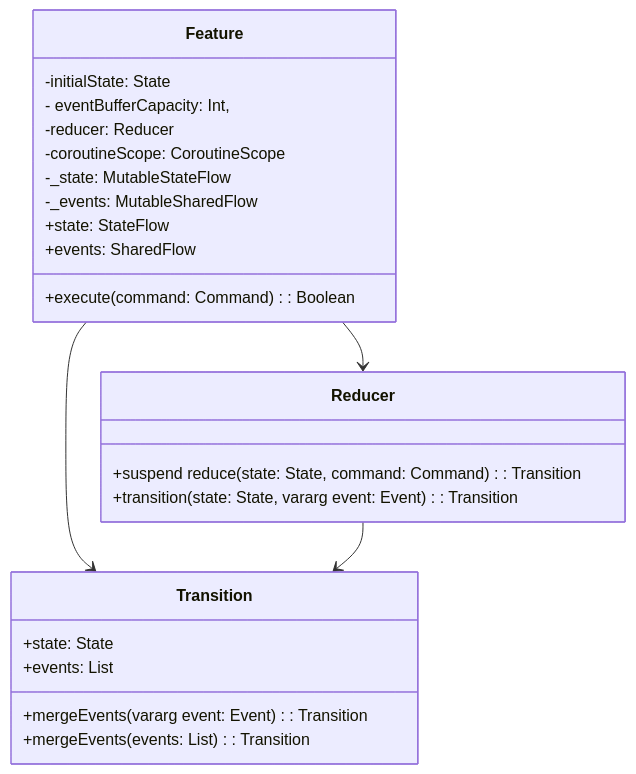
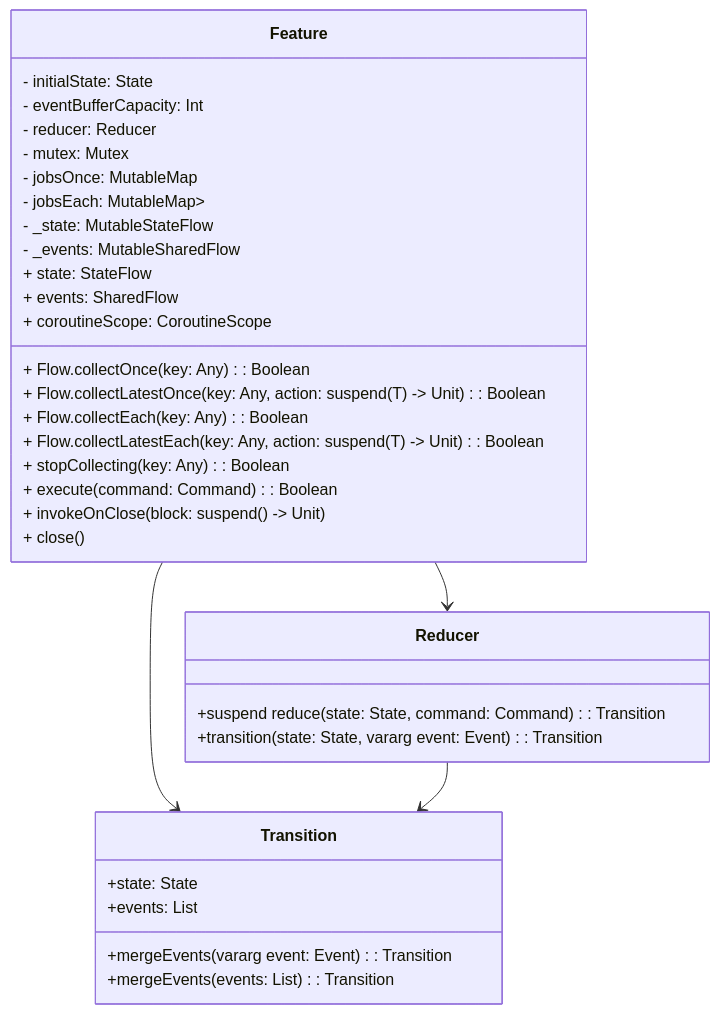
Before and after one commit to numq/reduce-and-conquer: the first of 3 diagrams in README.md, drawn with Mermaid. The commit also changed other lines of this file, not shown here.

Commit message:
Provide README.md changes

````diff
--- a/README.md
+++ b/README.md
@@ -54,28 +54,38 @@
 ```mermaid
 classDiagram
     class Feature {
-        -initialState: State
-        - eventBufferCapacity: Int,
-        -reducer: Reducer<Command, State, Event>
-        -coroutineScope: CoroutineScope
-        -_state: MutableStateFlow<State>
-        -_events: MutableSharedFlow<Event>
-        +state: StateFlow<State>
-        +events: SharedFlow<Event>
-        +execute(command: Command): Boolean
+        - initialState: State
+        - eventBufferCapacity: Int
+        - reducer: Reducer<Command, State, Event>
+        - mutex: Mutex
+        - jobsOnce: MutableMap<Any, Job>
+        - jobsEach: MutableMap<Any, MutableList<Job>>
+        - _state: MutableStateFlow<State>
+        - _events: MutableSharedFlow<Event>
+        + state: StateFlow<State>
+        + events: SharedFlow<Event>
+        + coroutineScope: CoroutineScope
+        + Flow.collectOnce(key: Any): Boolean
+        + Flow.collectLatestOnce(key: Any, action: suspend(T) -> Unit): Boolean
+        + Flow.collectEach(key: Any): Boolean
+        + Flow.collectLatestEach(key: Any, action: suspend(T) -> Unit): Boolean
+        + stopCollecting(key: Any): Boolean
+        + execute(command: Command): Boolean
+        + invokeOnClose(block: suspend() -> Unit)
+        + close()
     }
     class Reducer {
         +suspend reduce(state: State, command: Command): Transition<State, Event>
         +transition(state: State, vararg event: Event): Transition<State, Event>
     }
     class Transition {
         +state: State
         +events: List<Event>
         +mergeEvents(vararg event: Event): Transition<State, Event>
         +mergeEvents(events: List<Event>): Transition<State, Event>
     }
 
     Feature --> Reducer
     Feature --> Transition
     Reducer --> Transition
 ```
````
